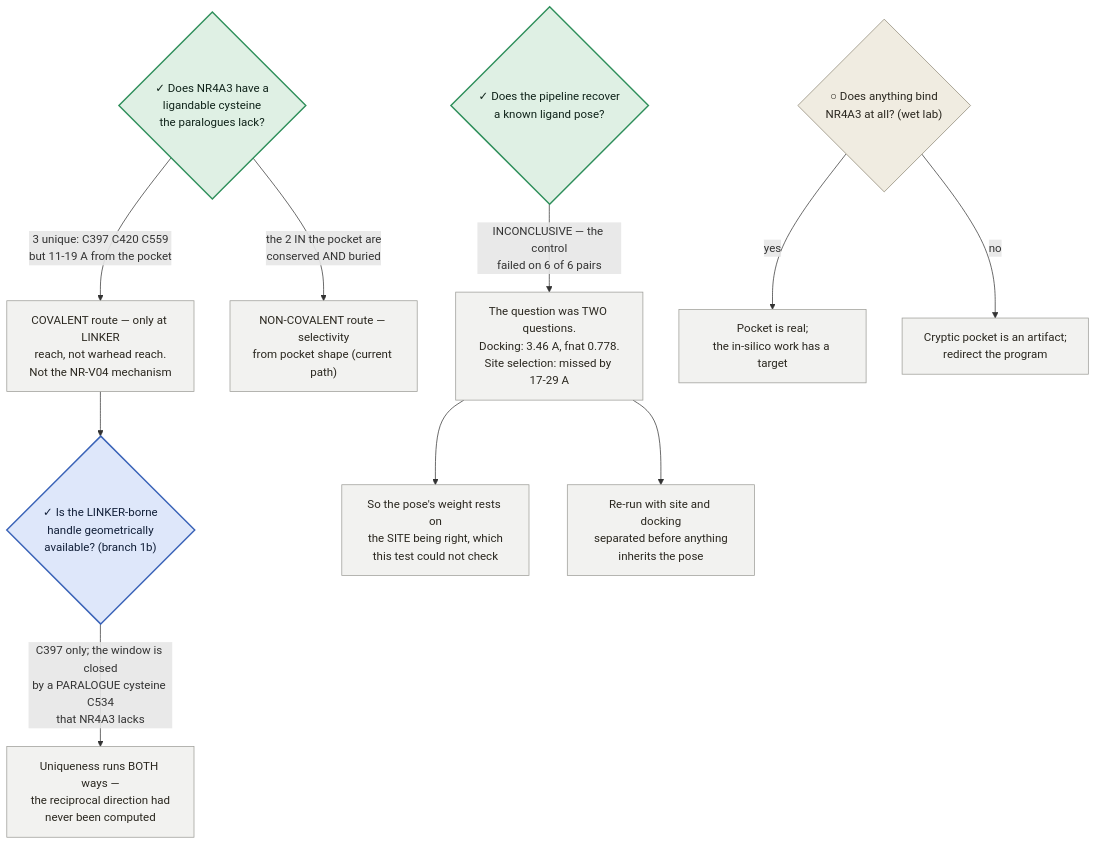
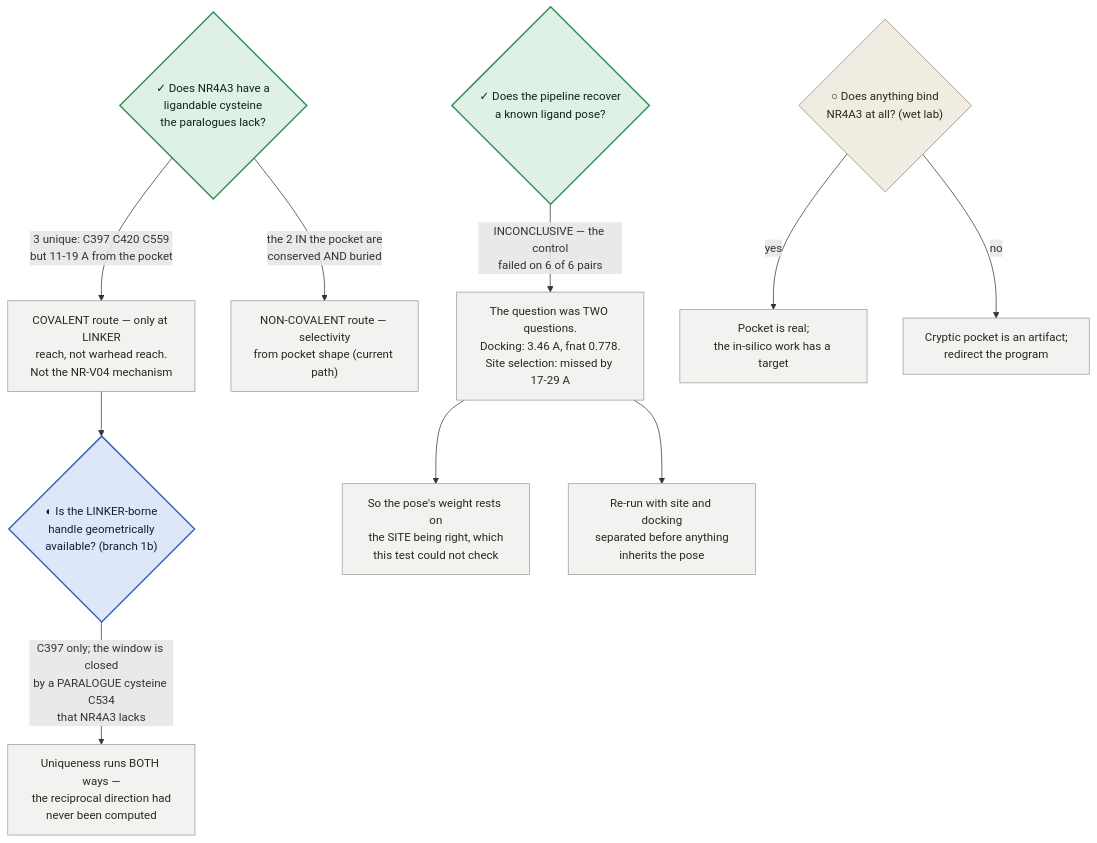
The second of 3 diagrams in research/manuscripts/nr4a3-program-map.md (trimcrae/Rare-cancers), drawn with Mermaid before and after one commit. The commit also changed other lines of this file, not shown here.

````diff
--- a/research/manuscripts/nr4a3-program-map.md
+++ b/research/manuscripts/nr4a3-program-map.md
@@ -167,25 +197,25 @@
 ```mermaid
 graph TD
   Q1{"✓ Does NR4A3 have a<br/>ligandable cysteine<br/>the paralogues lack?"}
   Q1 -->|"3 unique: C397 C420 C559<br/>but 11-19 A from the pocket"| COV["COVALENT route — only at LINKER<br/>reach, not warhead reach.<br/>Not the NR-V04 mechanism"]
-  COV --> Q1B{"✓ Is the LINKER-borne<br/>handle geometrically<br/>available? (branch 1b)"}
+  COV --> Q1B{"◐ Is the LINKER-borne<br/>handle geometrically<br/>available? (branch 1b)"}
   Q1B -->|"C397 only; the window is closed<br/>by a PARALOGUE cysteine C534<br/>that NR4A3 lacks"| COVX["Uniqueness runs BOTH ways —<br/>the reciprocal direction had<br/>never been computed"]
   Q1 -->|"the 2 IN the pocket are<br/>conserved AND buried"| NONCOV["NON-COVALENT route — selectivity<br/>from pocket shape (current path)"]
   Q2{"✓ Does the pipeline recover<br/>a known ligand pose?"}
   Q2 -->|"INCONCLUSIVE — the control<br/>failed on 6 of 6 pairs"| SPLIT["The question was TWO questions.<br/>Docking: 3.46 A, fnat 0.778.<br/>Site selection: missed by 17-29 A"]
   SPLIT --> ANCHOR["So the pose's weight rests on<br/>the SITE being right, which<br/>this test could not check"]
   SPLIT --> STOP["Re-run with site and docking<br/>separated before anything<br/>inherits the pose"]
   Q3{"○ Does anything bind<br/>NR4A3 at all? (wet lab)"}
   Q3 -->|yes| GO["Pocket is real;<br/>the in-silico work has a target"]
   Q3 -->|no| REDIR["Cryptic pocket is an artifact;<br/>redirect the program"]
 
   classDef done fill:#dff0e4,stroke:#2f8f5b,stroke-width:2px,color:#10231a;
   classDef work fill:#dee7fa,stroke:#3a63b8,stroke-width:2px,color:#111f38;
   classDef next fill:#f0ece1,stroke:#8d8674,stroke-width:1px,color:#2a271f;
   classDef out fill:#f2f2f0,stroke:#9b9b96,stroke-width:1px,color:#2a271f;
 
   class Q1,Q2 done;
   class Q1B work;
   class Q3 next;
   class COV,COVX,NONCOV,SPLIT,ANCHOR,STOP,GO,REDIR out;
 ```
````
